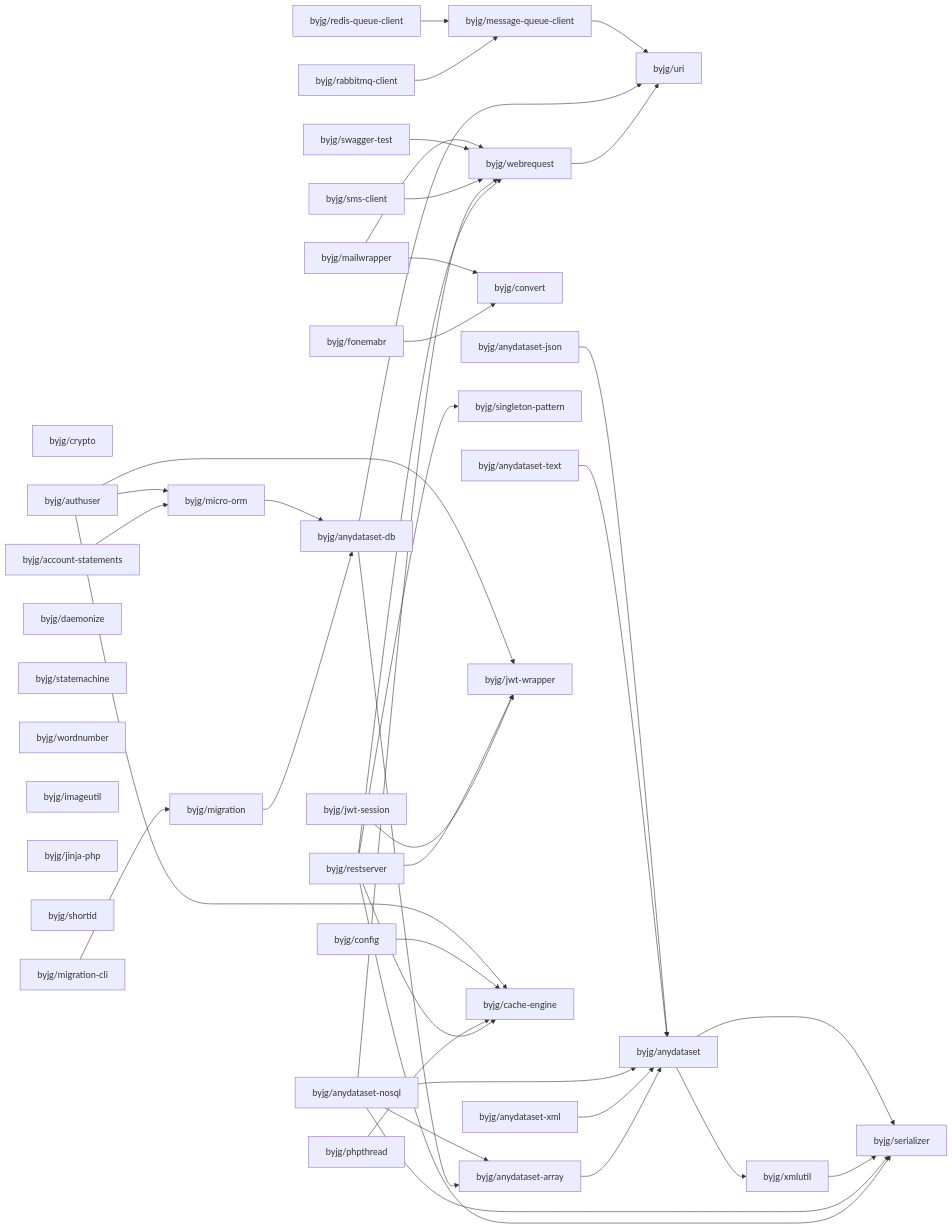
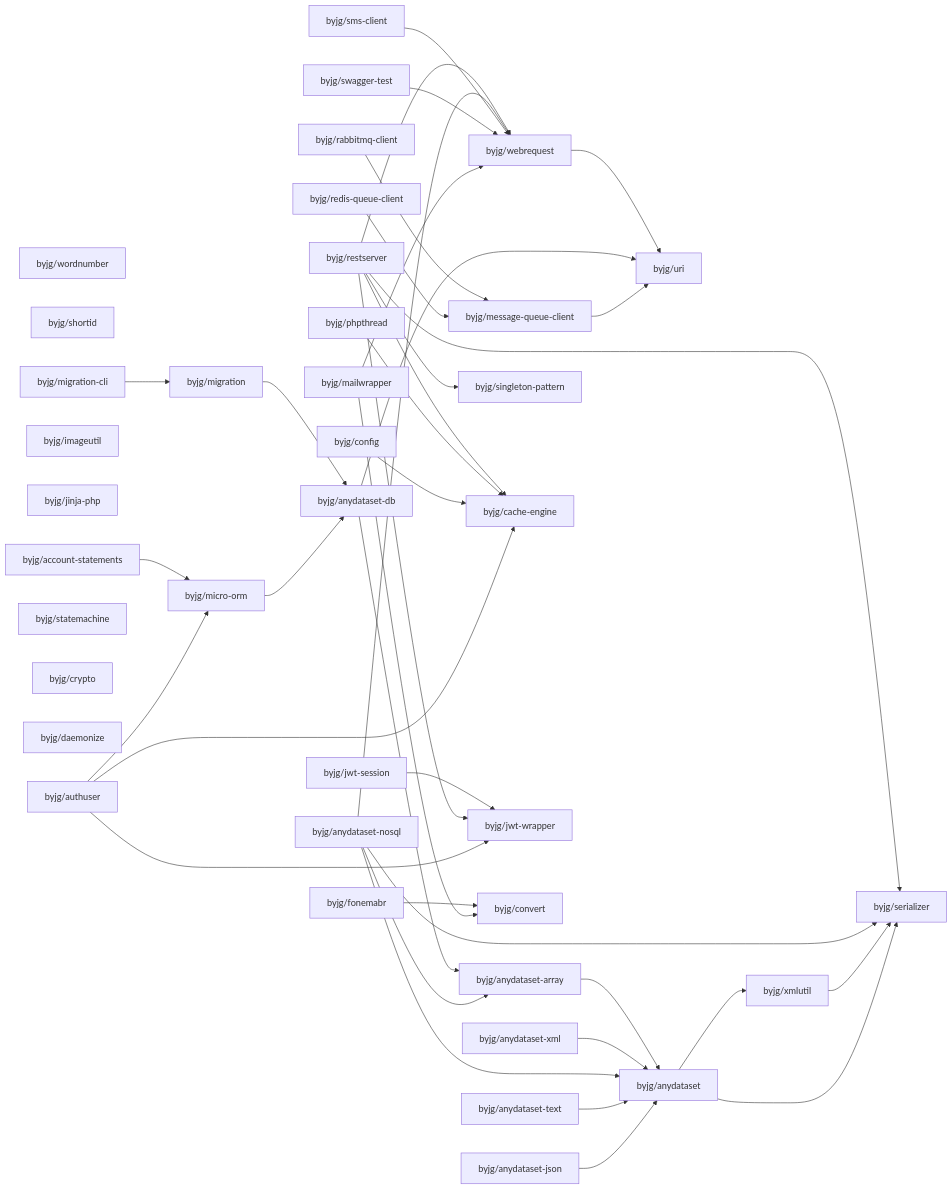
One commit to byjg/byjg.github.io changed the diagram in docs/php/README.md. Above: the diagram before and after it, drawn with Mermaid. The commit also changed other lines of this file, not shown here.

Commit message:
Update documentation 'php' 'php-statemachine'

````diff
--- a/docs/php/README.md
+++ b/docs/php/README.md
@@ -3,78 +3,78 @@
 ```mermaid
 graph LR;
+  byjg/wordnumber;
+  byjg/anydataset-text;
+  byjg/shortid;
+  byjg/redis-queue-client;
+  byjg/anydataset-json;
+  byjg/account-statements;
+  byjg/anydataset-nosql;
+  byjg/swagger-test;
+  byjg/imageutil;
+  byjg/jinja-php;
+  byjg/jwt-session;
+  byjg/anydataset-xml;
+  byjg/rabbitmq-client;
+  byjg/phpthread;
+  byjg/sms-client;
+  byjg/authuser;
+  byjg/statemachine;
+  byjg/config;
+  byjg/restserver;
+  byjg/fonemabr;
+  byjg/mailwrapper;
   byjg/crypto;
-  byjg/mailwrapper;
-  byjg/phpthread;
-  byjg/account-statements;
-  byjg/authuser;
   byjg/daemonize;
-  byjg/statemachine;
-  byjg/anydataset-xml;
-  byjg/anydataset-nosql;
-  byjg/fonemabr;
-  byjg/wordnumber;
-  byjg/imageutil;
-  byjg/swagger-test;
-  byjg/jwt-session;
-  byjg/jinja-php;
-  byjg/shortid;
-  byjg/sms-client;
-  byjg/rabbitmq-client;
-  byjg/redis-queue-client;
-  byjg/anydataset-text;
-  byjg/restserver;
-  byjg/anydataset-json;
   byjg/migration-cli;
-  byjg/config;
+  byjg/message-queue-client;
   byjg/micro-orm;
+  byjg/singleton-pattern;
+  byjg/cache-engine;
+  byjg/jwt-wrapper;
   byjg/convert;
-  byjg/message-queue-client;
-  byjg/singleton-pattern;
   byjg/webrequest;
-  byjg/jwt-wrapper;
   byjg/migration;
-  byjg/cache-engine;
   byjg/anydataset-db;
   byjg/anydataset-array;
   byjg/uri;
   byjg/anydataset;
   byjg/xmlutil;
   byjg/serializer;
   byjg/account-statements --> byjg/micro-orm;
   byjg/fonemabr --> byjg/convert;
   byjg/webrequest --> byjg/uri;
   byjg/anydataset-array --> byjg/anydataset;
   byjg/anydataset-xml --> byjg/anydataset;
   byjg/rabbitmq-client --> byjg/message-queue-client;
   byjg/redis-queue-client --> byjg/message-queue-client;
   byjg/jwt-session --> byjg/jwt-wrapper;
   byjg/anydataset-db --> byjg/anydataset-array;
   byjg/anydataset-db --> byjg/uri;
   byjg/restserver --> byjg/serializer;
   byjg/restserver --> byjg/singleton-pattern;
   byjg/restserver --> byjg/cache-engine;
   byjg/restserver --> byjg/webrequest;
   byjg/restserver --> byjg/jwt-wrapper;
   byjg/migration --> byjg/anydataset-db;
   byjg/anydataset-nosql --> byjg/anydataset;
   byjg/anydataset-nosql --> byjg/anydataset-array;
   byjg/anydataset-nosql --> byjg/serializer;
   byjg/anydataset-nosql --> byjg/webrequest;
   byjg/phpthread --> byjg/cache-engine;
   byjg/sms-client --> byjg/webrequest;
   byjg/swagger-test --> byjg/webrequest;
   byjg/migration-cli --> byjg/migration;
   byjg/config --> byjg/cache-engine;
   byjg/anydataset-text --> byjg/anydataset;
   byjg/micro-orm --> byjg/anydataset-db;
   byjg/authuser --> byjg/micro-orm;
   byjg/authuser --> byjg/cache-engine;
   byjg/authuser --> byjg/jwt-wrapper;
   byjg/anydataset-json --> byjg/anydataset;
   byjg/mailwrapper --> byjg/convert;
   byjg/mailwrapper --> byjg/webrequest;
   byjg/xmlutil --> byjg/serializer;
   byjg/anydataset --> byjg/serializer;
   byjg/anydataset --> byjg/xmlutil;
   byjg/message-queue-client --> byjg/uri;
 ```
````
